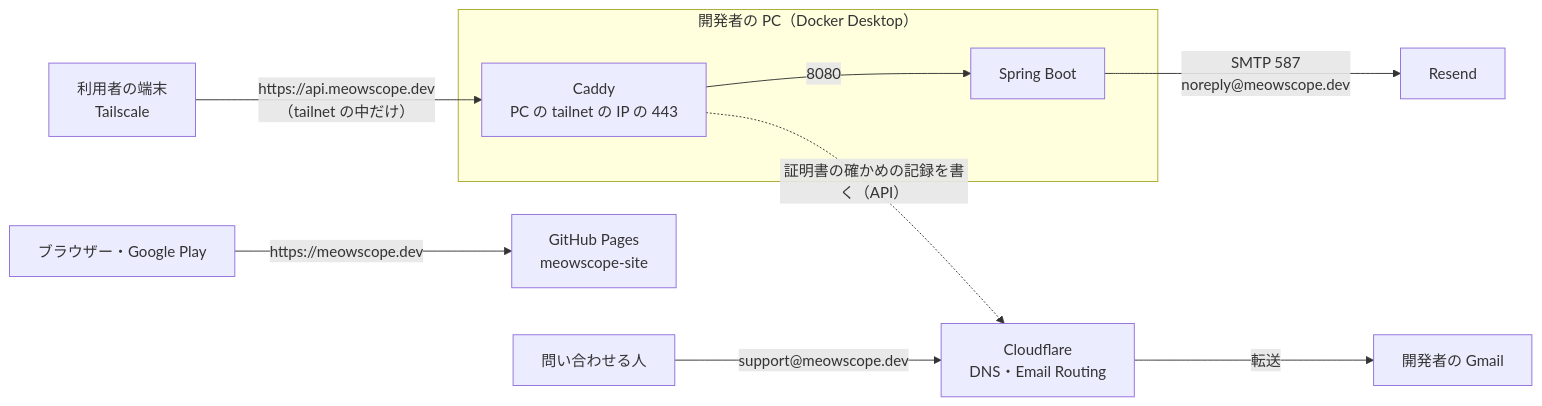
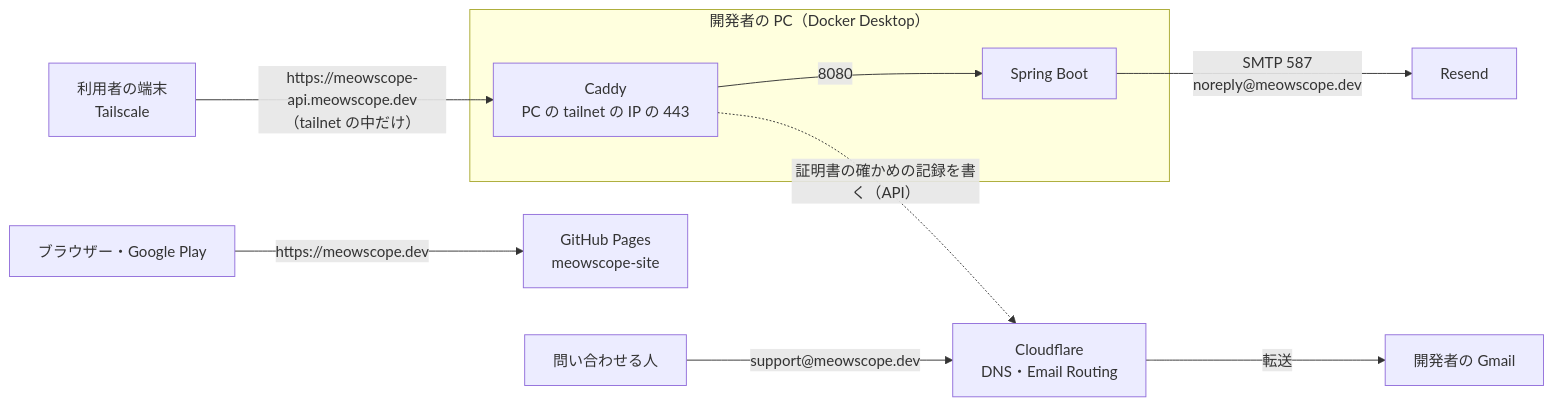
One commit to major182/MeowScope changed the fifth of 5 diagrams in docs/09_deployment.md. Above: the diagram before and after it, drawn with Mermaid. The commit also changed other lines of this file and 2 other files, not shown here.

````diff
--- a/docs/09_deployment.md
+++ b/docs/09_deployment.md
@@ -164,12 +164,12 @@
 ```mermaid
 flowchart LR
-  phone["利用者の端末<br>Tailscale"] -- "https://api.meowscope.dev<br>（tailnet の中だけ）" --> caddy
+  phone["利用者の端末<br>Tailscale"] -- "https://meowscope-api.meowscope.dev<br>（tailnet の中だけ）" --> caddy
   subgraph pc ["開発者の PC（Docker Desktop）"]
     caddy["Caddy<br>PC の tailnet の IP の 443"] -- "8080" --> server["Spring Boot"]
   end
   caddy -. "証明書の確かめの記録を書く（API）" .-> cf["Cloudflare<br>DNS・Email Routing"]
   server -- "SMTP 587<br>noreply@meowscope.dev" --> resend["Resend"]
   user["問い合わせる人"] -- "support@meowscope.dev" --> cf
   cf -- "転送" --> gmail["開発者の Gmail"]
   browser["ブラウザー・Google Play"] -- "https://meowscope.dev" --> pages["GitHub Pages<br>meowscope-site"]
 ```
````
